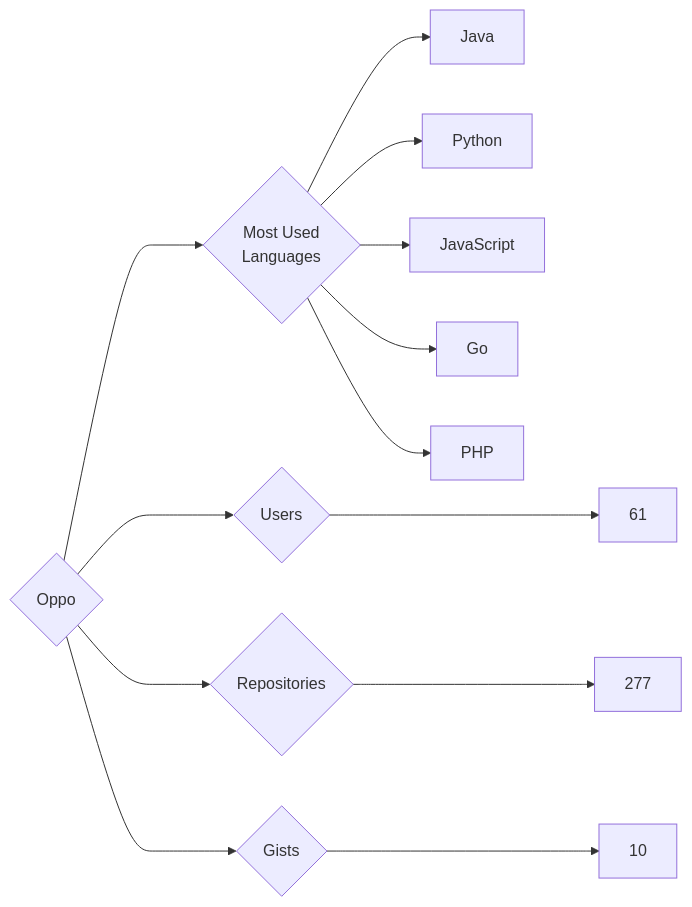
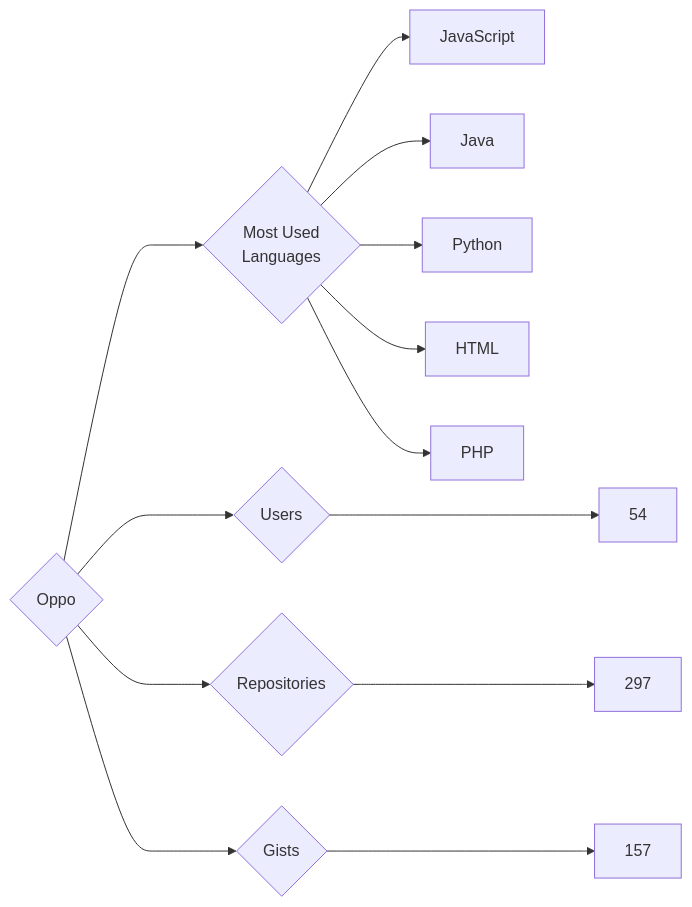
One commit to trickest/insiders changed the diagram in targets/Oppo/README.md. Above: the diagram before and after it, drawn with Mermaid. The commit also changed 898 other files, not shown here.

````diff
--- a/targets/Oppo/README.md
+++ b/targets/Oppo/README.md
@@ -3,13 +3,13 @@
 ```mermaid
 graph LR
 COMPANY_NAME{Oppo}
-COMPANY_NAME ---> U{Users} ---> UN[61]
-COMPANY_NAME ---> R{Repositories} ---> RN[277]
-COMPANY_NAME ---> G{Gists} ---> GN[10]
+COMPANY_NAME ---> U{Users} ---> UN[54]
+COMPANY_NAME ---> R{Repositories} ---> RN[297]
+COMPANY_NAME ---> G{Gists} ---> GN[157]
 COMPANY_NAME ---> ML{Most Used<br>Languages}
+ML --> JavaScript[JavaScript]
 ML --> Java[Java]
 ML --> Python[Python]
-ML --> JavaScript[JavaScript]
-ML --> Go[Go]
+ML --> HTML[HTML]
 ML --> PHP[PHP]
 ```
````
